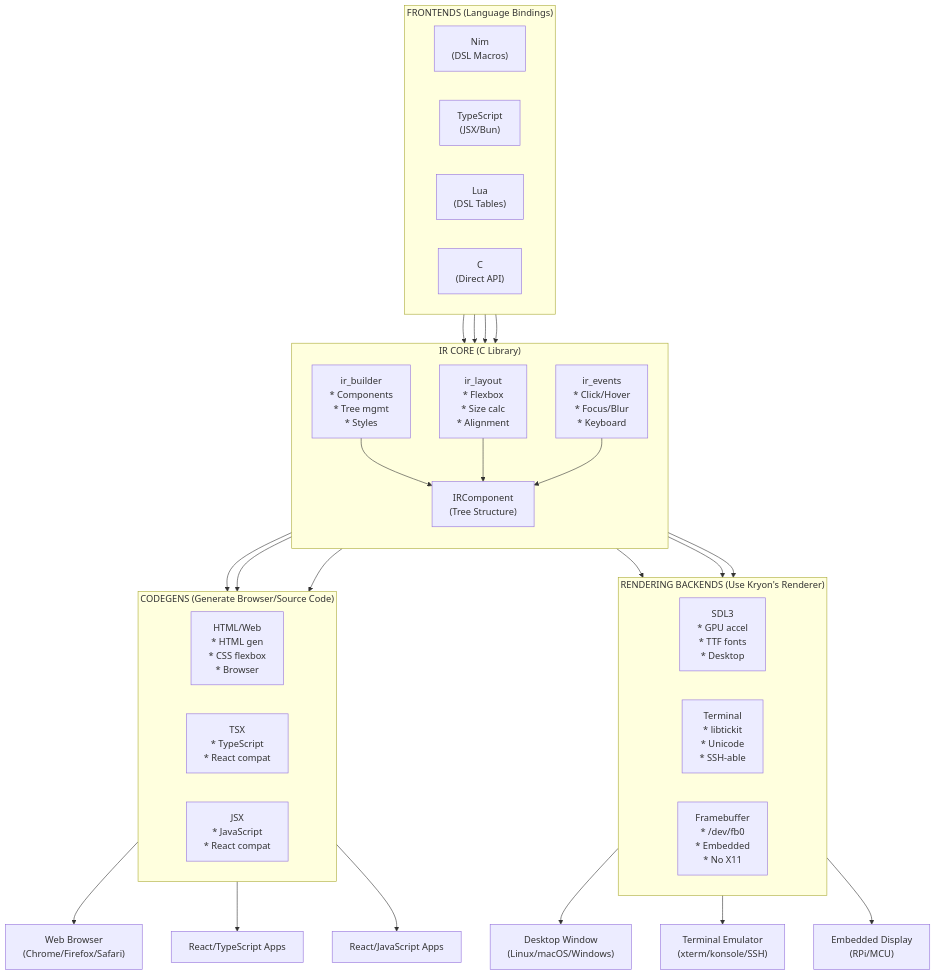
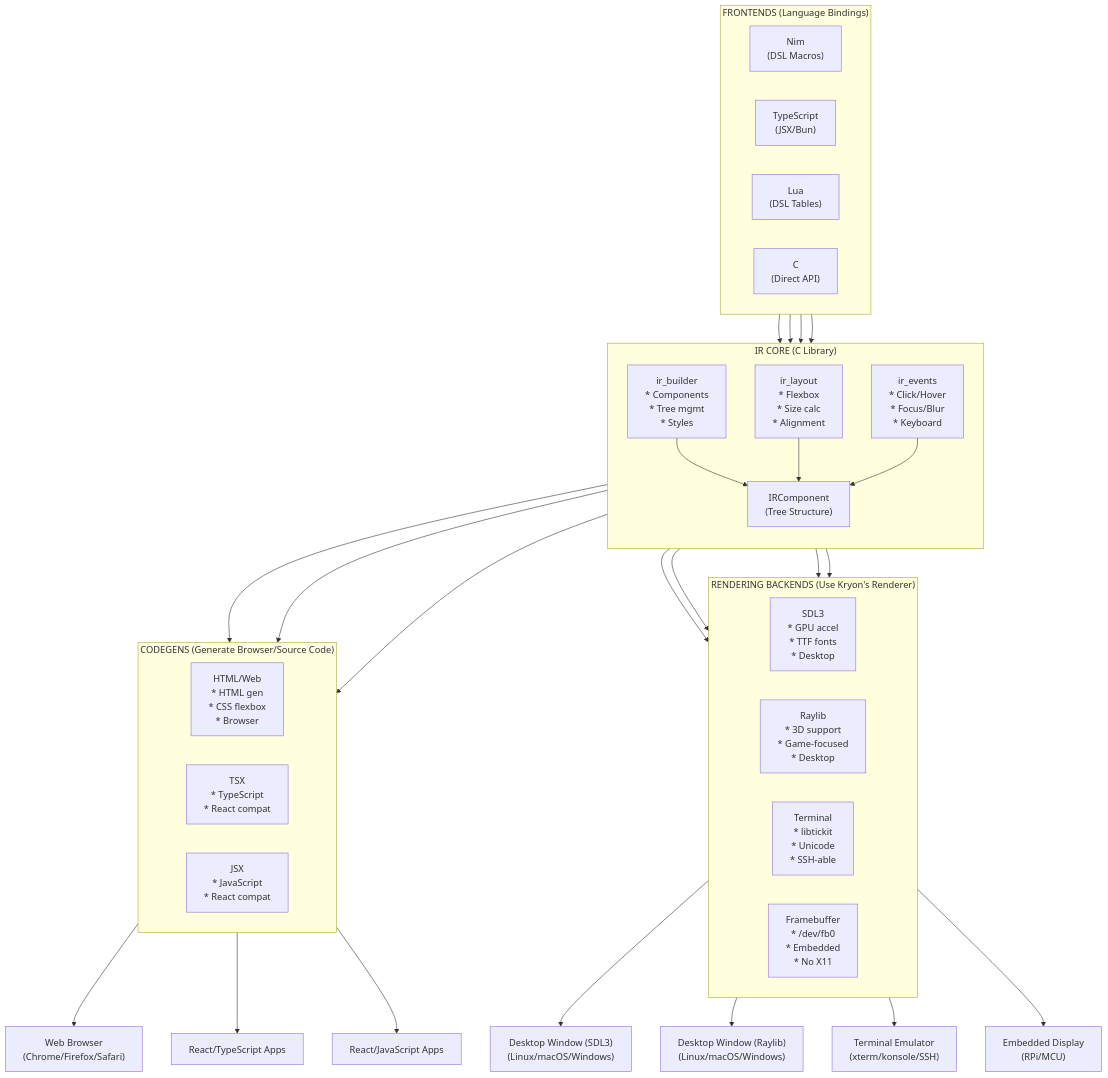
One commit to kryonlabs/website changed the first of 4 diagrams in docs/architecture.md. Above: the diagram before and after it, drawn with Mermaid. The commit also changed other lines of this file and 14 other files, not shown here.

````diff
--- a/docs/architecture.md
+++ b/docs/architecture.md
@@ -32,55 +32,58 @@
 ```mermaid
 flowchart TB
     subgraph Frontends["FRONTENDS (Language Bindings)"]
         direction LR
         Nim["Nim<br/>(DSL Macros)"]
         TS["TypeScript<br/>(JSX/Bun)"]
         Lua["Lua<br/>(DSL Tables)"]
         C["C<br/>(Direct API)"]
     end
 
     subgraph Core["IR CORE (C Library)"]
         direction TB
         Builder["ir_builder<br/>* Components<br/>* Tree mgmt<br/>* Styles"]
         Layout["ir_layout<br/>* Flexbox<br/>* Size calc<br/>* Alignment"]
         Events["ir_events<br/>* Click/Hover<br/>* Focus/Blur<br/>* Keyboard"]
         IRComp["IRComponent<br/>(Tree Structure)"]
 
         Builder --> IRComp
         Layout --> IRComp
         Events --> IRComp
     end
 
     subgraph Backends["RENDERING BACKENDS (Use Kryon's Renderer)"]
         direction LR
         SDL3["SDL3<br/>* GPU accel<br/>* TTF fonts<br/>* Desktop"]
+        Raylib["Raylib<br/>* 3D support<br/>* Game-focused<br/>* Desktop"]
         Terminal["Terminal<br/>* libtickit<br/>* Unicode<br/>* SSH-able"]
         Framebuffer["Framebuffer<br/>* /dev/fb0<br/>* Embedded<br/>* No X11"]
     end
 
     subgraph Codegens["CODEGENS (Generate Browser/Source Code)"]
         direction LR
         HTML["HTML/Web<br/>* HTML gen<br/>* CSS flexbox<br/>* Browser"]
         TSX["TSX<br/>* TypeScript<br/>* React compat"]
         JSX["JSX<br/>* JavaScript<br/>* React compat"]
     end
 
     Nim --> Core
     TS --> Core
     Lua --> Core
     C --> Core
 
     Core --> SDL3
+    Core --> Raylib
     Core --> Terminal
     Core --> Framebuffer
     Core --> HTML
     Core --> TSX
     Core --> JSX
 
-    SDL3 --> Desktop["Desktop Window<br/>(Linux/macOS/Windows)"]
+    SDL3 --> DesktopSDL3["Desktop Window (SDL3)<br/>(Linux/macOS/Windows)"]
+    Raylib --> DesktopRaylib["Desktop Window (Raylib)<br/>(Linux/macOS/Windows)"]
     Terminal --> Term["Terminal Emulator<br/>(xterm/konsole/SSH)"]
     Framebuffer --> Embedded["Embedded Display<br/>(RPi/MCU)"]
     HTML --> Browser["Web Browser<br/>(Chrome/Firefox/Safari)"]
     TSX --> ReactTS["React/TypeScript Apps"]
     JSX --> ReactJS["React/JavaScript Apps"]
 ```
````
